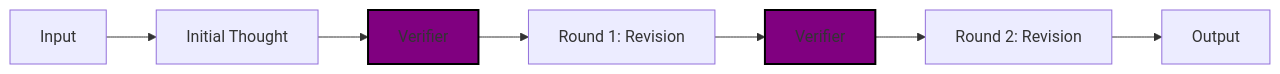
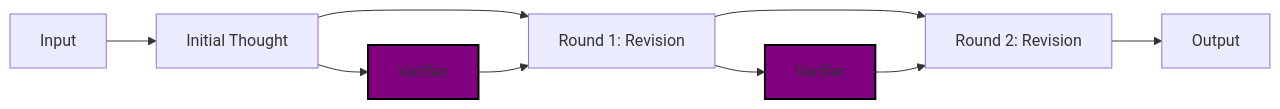
Before and after one commit to aws-samples/sample-genai-reflection-for-bedrock: the second of 3 diagrams in README.md, drawn with Mermaid.

Commit message:
update verifier diagram

````diff
--- a/README.md
+++ b/README.md
@@ -101,12 +101,14 @@
 ```mermaid
 graph LR;
     A[Input] --> B[Initial Thought]
     B --> V0[Verifier]
+    B --> C
     V0 --> C[Round 1: Revision]
     C --> V1[Verifier]
+    C --> D
     V1 --> D[Round 2: Revision]
     D --> E[Output]
 
     style V0 fill:#800080,stroke:#000000,stroke-width:2px
     style V1 fill:#800080,stroke:#000000,stroke-width:2px
 ```
````
